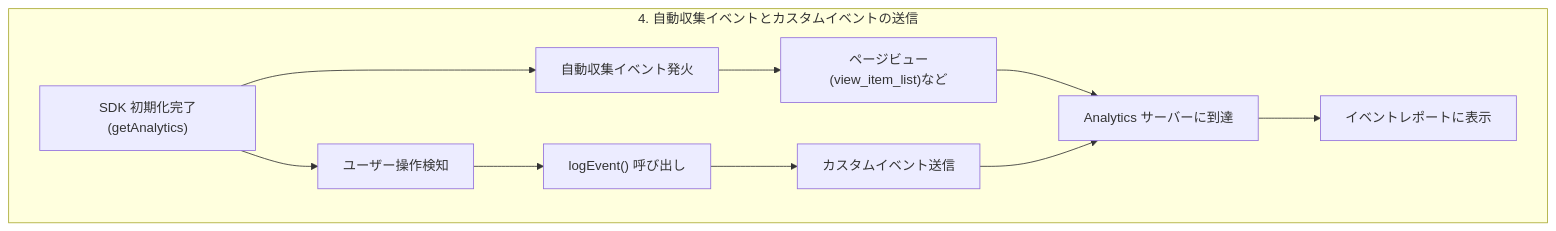
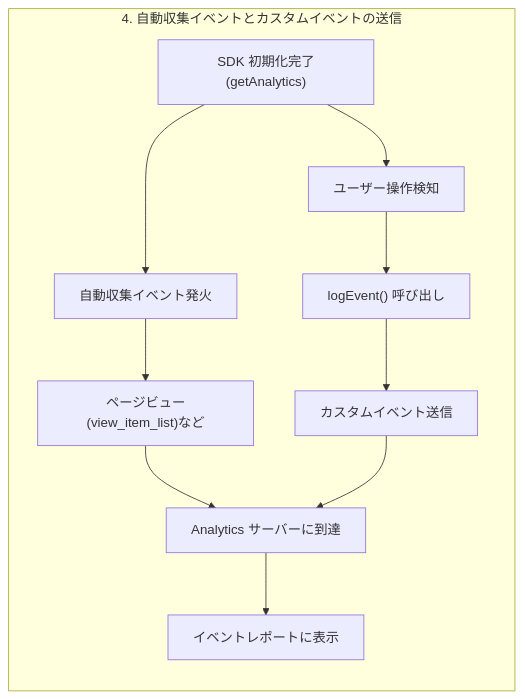
The diagram in docs/firebase/Firebase-events-collection.md (yushiesah7/relearn-log), drawn with Mermaid before and after one commit.

````diff
--- a/docs/firebase/Firebase-events-collection.md
+++ b/docs/firebase/Firebase-events-collection.md
@@ -1,14 +1,14 @@
 ```mermaid
-flowchart TB
+flowchart LR
   subgraph "4. 自動収集イベントとカスタムイベントの送信"
     A["SDK 初期化完了(getAnalytics)"]
     A --> B["自動収集イベント発火"]
     B --> C["ページビュー(view_item_list)など"]
     A --> D["ユーザー操作検知"]
     D --> E["logEvent() 呼び出し"]
     E --> F["カスタムイベント送信"]
     C --> G["Analytics サーバーに到達"]
     F --> G
     G --> H["イベントレポートに表示"]
   end
 ```
````
